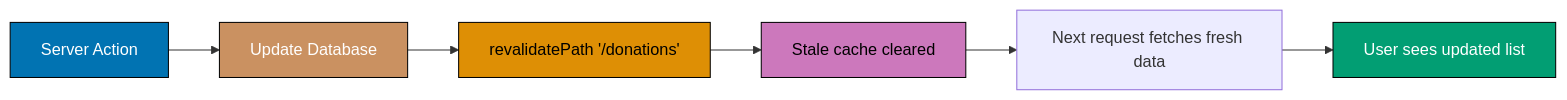
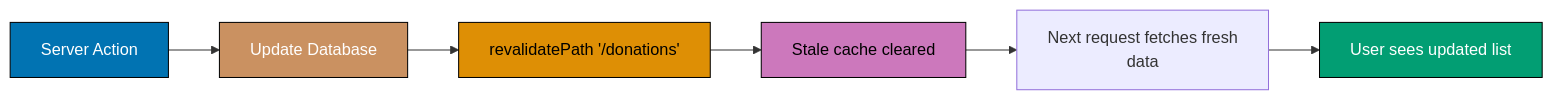
One commit to wahidyankf/baseerah changed the sixth of 11 diagrams in apps/ayokoding-web/content/en/learn/software-engineering/platforms/web/tools/fe-nextjs/by-example/beginner.md. Above: the diagram before and after it, drawn with Mermaid. The commit also changed 17 other files, not shown here.

First line of the commit message:
fix(ci): scope pre-push mermaid check to governance + docs dirs

````diff
--- a/apps/ayokoding-web/content/en/learn/software-engineering/platforms/web/tools/fe-nextjs/by-example/beginner.md
+++ b/apps/ayokoding-web/content/en/learn/software-engineering/platforms/web/tools/fe-nextjs/by-example/beginner.md
@@ -1191,15 +1191,15 @@
 ```mermaid
 %% Color Palette: Blue #0173B2, Orange #DE8F05, Teal #029E73, Purple #CC78BC, Brown #CA9161
 graph LR
   A[Server Action] --> B[Update Database]
   B --> C[revalidatePath '/donations']
   C --> D[Stale cache cleared]
-  D --> E[Next request fetches fresh data]
+  D --> E[Next request fetches fresh<br/>data]
   E --> F[User sees updated list]
 
   style A fill:#0173B2,stroke:#000,color:#fff
   style B fill:#CA9161,stroke:#000,color:#fff
   style C fill:#DE8F05,stroke:#000,color:#000
   style D fill:#CC78BC,stroke:#000,color:#000
   style F fill:#029E73,stroke:#000,color:#fff
 ```
````
